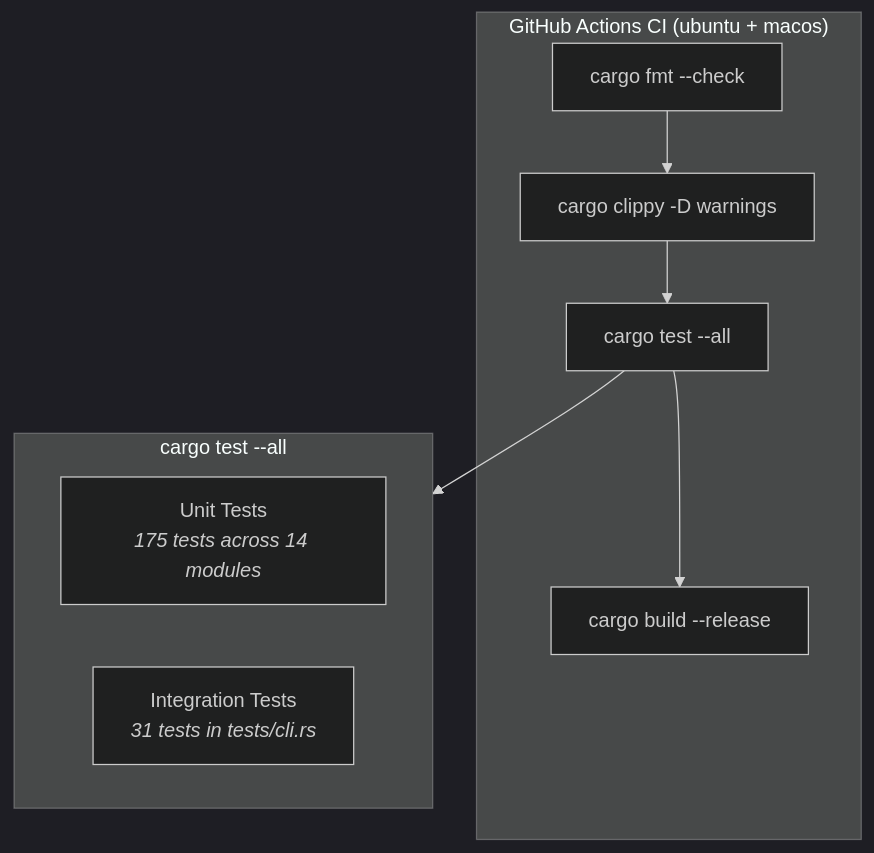
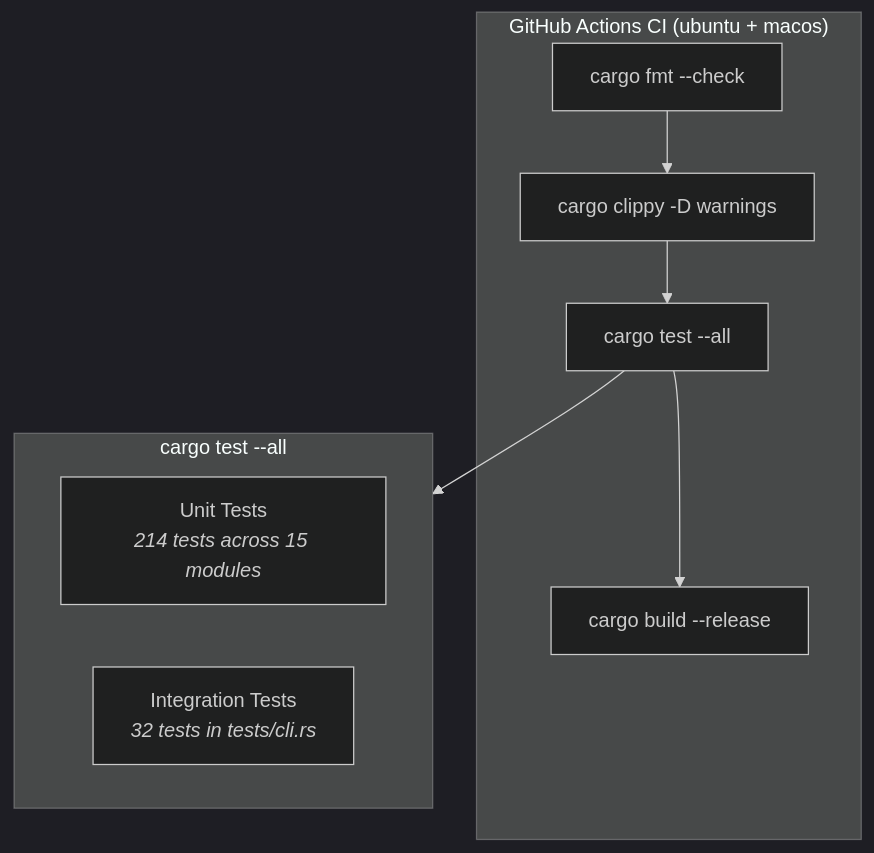
One commit to MartinP7r/tome changed the first of 5 diagrams in docs/src/test-setup.md. Above: the diagram before and after it, drawn with Mermaid (dark theme). The commit also changed other lines of this file and 3 other files, not shown here.

````diff
--- a/docs/src/test-setup.md
+++ b/docs/src/test-setup.md
@@ -7,17 +7,17 @@
 ```mermaid
 graph TB
     subgraph CI["GitHub Actions CI (ubuntu + macos)"]
         FMT["cargo fmt --check"]
         CLIP["cargo clippy -D warnings"]
         TEST["cargo test --all"]
         BUILD["cargo build --release"]
         FMT --> CLIP --> TEST --> BUILD
     end
 
     subgraph TEST_SUITE["cargo test --all"]
-        UNIT["Unit Tests<br/><i>175 tests across 14 modules</i>"]
-        INTEG["Integration Tests<br/><i>31 tests in tests/cli.rs</i>"]
+        UNIT["Unit Tests<br/><i>214 tests across 15 modules</i>"]
+        INTEG["Integration Tests<br/><i>32 tests in tests/cli.rs</i>"]
     end
 
     TEST --> TEST_SUITE
 ```
````
